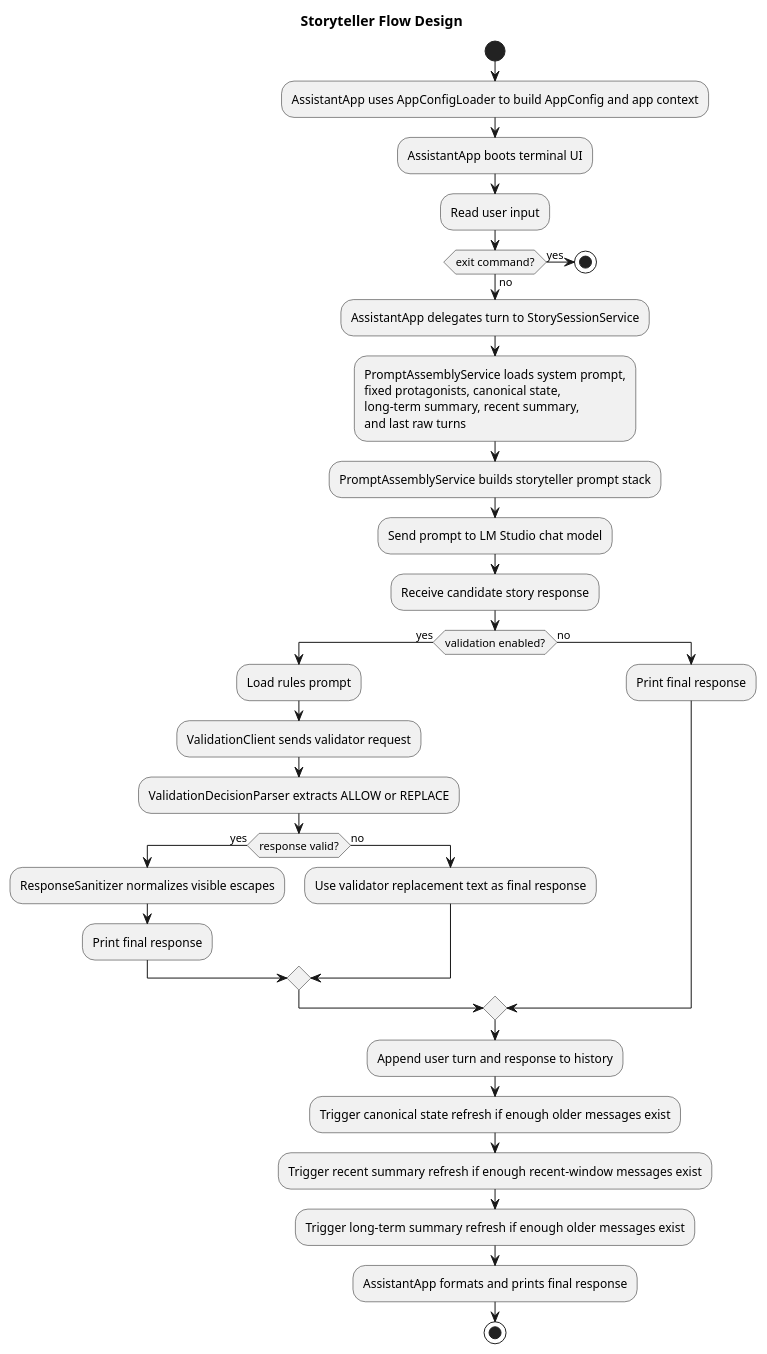
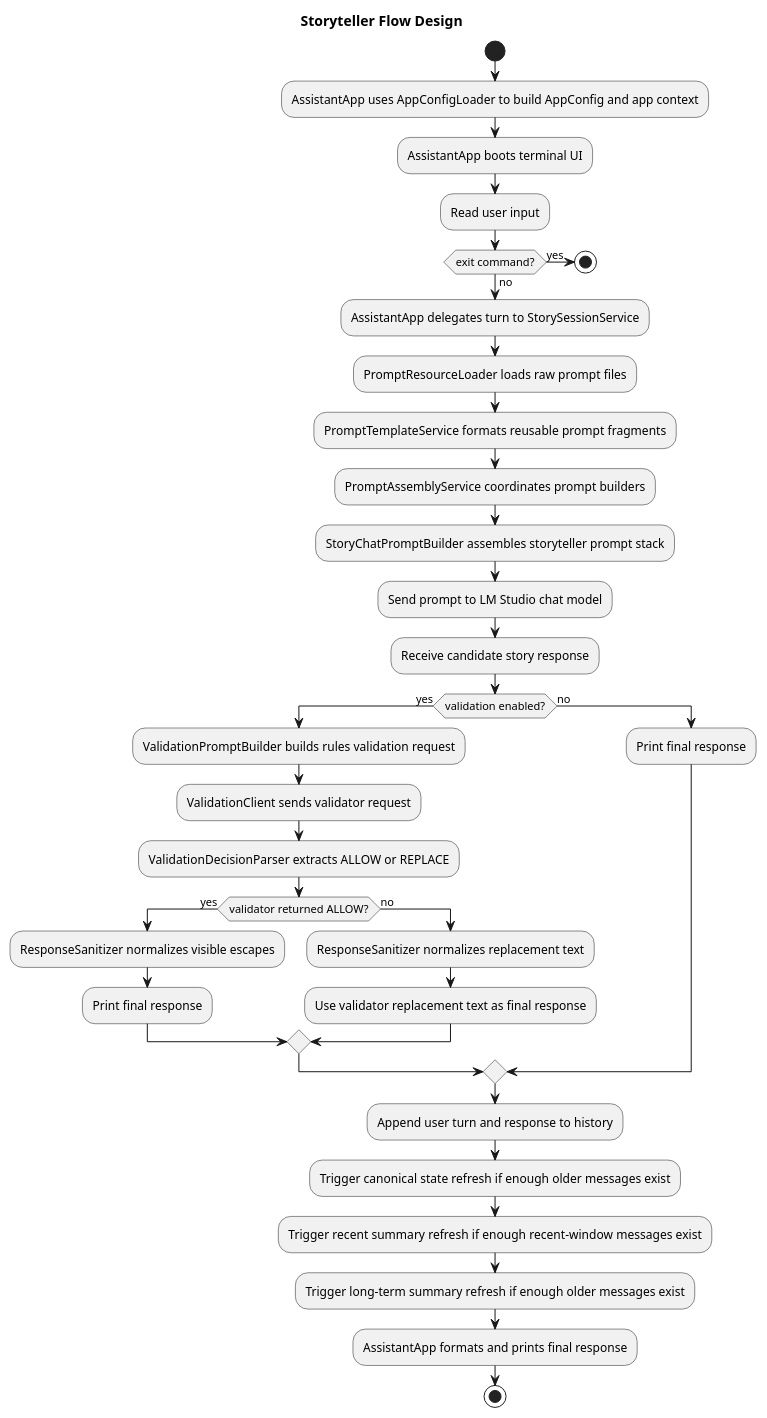
Before and after one commit to jbrugman/Assistant: the diagram in docs/architecture/02-storyteller-flow-design.puml, drawn with PlantUML. The commit also changed 31 other files, not shown here.

Commit message:
Refine storyteller prompt architecture, docs, and example prompt packs

```diff
--- a/docs/architecture/02-storyteller-flow-design.puml
+++ b/docs/architecture/02-storyteller-flow-design.puml
@@ -1,67 +1,73 @@
 @startuml
 title Storyteller Flow Design
 
 start
 
 :AssistantApp uses AppConfigLoader to build AppConfig and app context;
 
 :AssistantApp boots terminal UI;
 
 :Read user input;
 
 if (exit command?) then (yes)
 
   stop
 
 else (no)
 
   :AssistantApp delegates turn to StorySessionService;
 
-  :PromptAssemblyService loads system prompt,\nfixed protagonists, canonical state,\nlong-term summary, recent summary,\nand last raw turns;
+  :PromptResourceLoader loads raw prompt files;
 
-  :PromptAssemblyService builds storyteller prompt stack;
+  :PromptTemplateService formats reusable prompt fragments;
+
+  :PromptAssemblyService coordinates prompt builders;
+
+  :StoryChatPromptBuilder assembles storyteller prompt stack;
 
   :Send prompt to LM Studio chat model;
 
   :Receive candidate story response;
 
   if (validation enabled?) then (yes)
 
-    :Load rules prompt;
+    :ValidationPromptBuilder builds rules validation request;
 
     :ValidationClient sends validator request;
 
     :ValidationDecisionParser extracts ALLOW or REPLACE;
 
-    if (response valid?) then (yes)
+    if (validator returned ALLOW?) then (yes)
 
       :ResponseSanitizer normalizes visible escapes;
 
       :Print final response;
 
     else (no)
+
+      :ResponseSanitizer normalizes replacement text;
 
       :Use validator replacement text as final response;
 
     endif
 
   else (no)
 
     :Print final response;
 
   endif
 
   :Append user turn and response to history;
 
   :Trigger canonical state refresh if enough older messages exist;
 
   :Trigger recent summary refresh if enough recent-window messages exist;
 
   :Trigger long-term summary refresh if enough older messages exist;
 
   :AssistantApp formats and prints final response;
 
 endif
 
 stop
 @enduml
```
